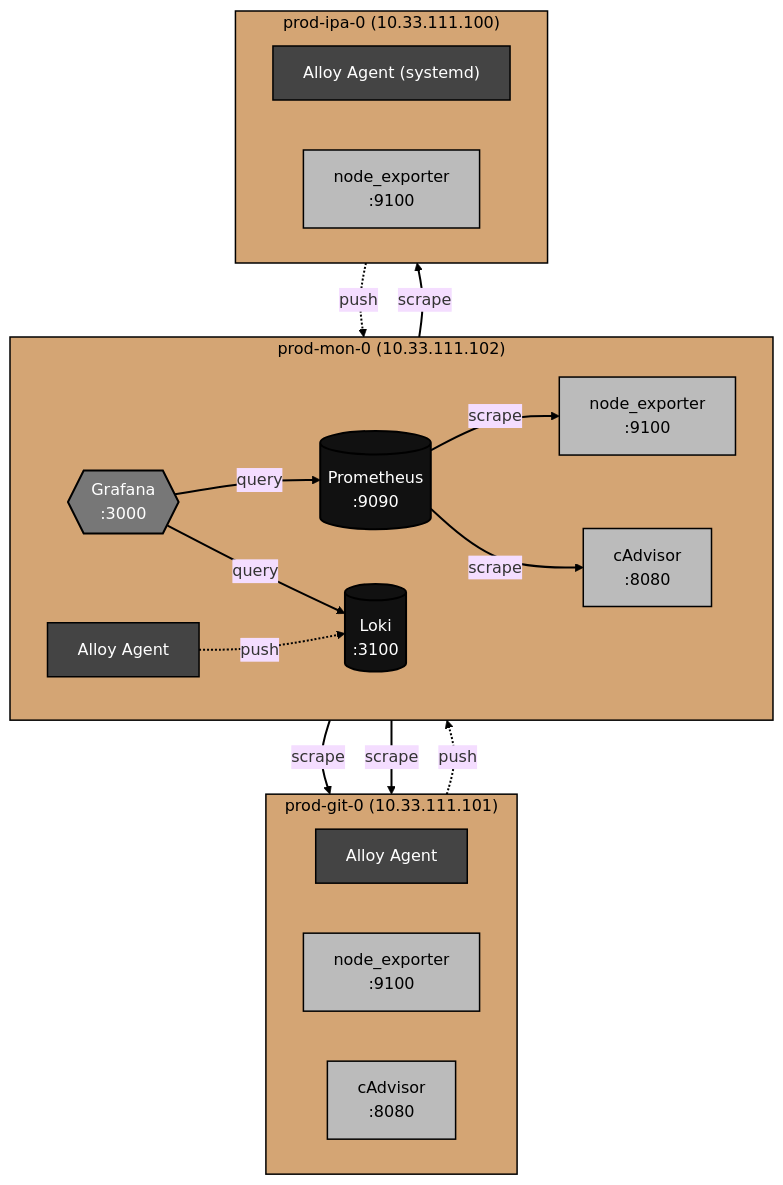
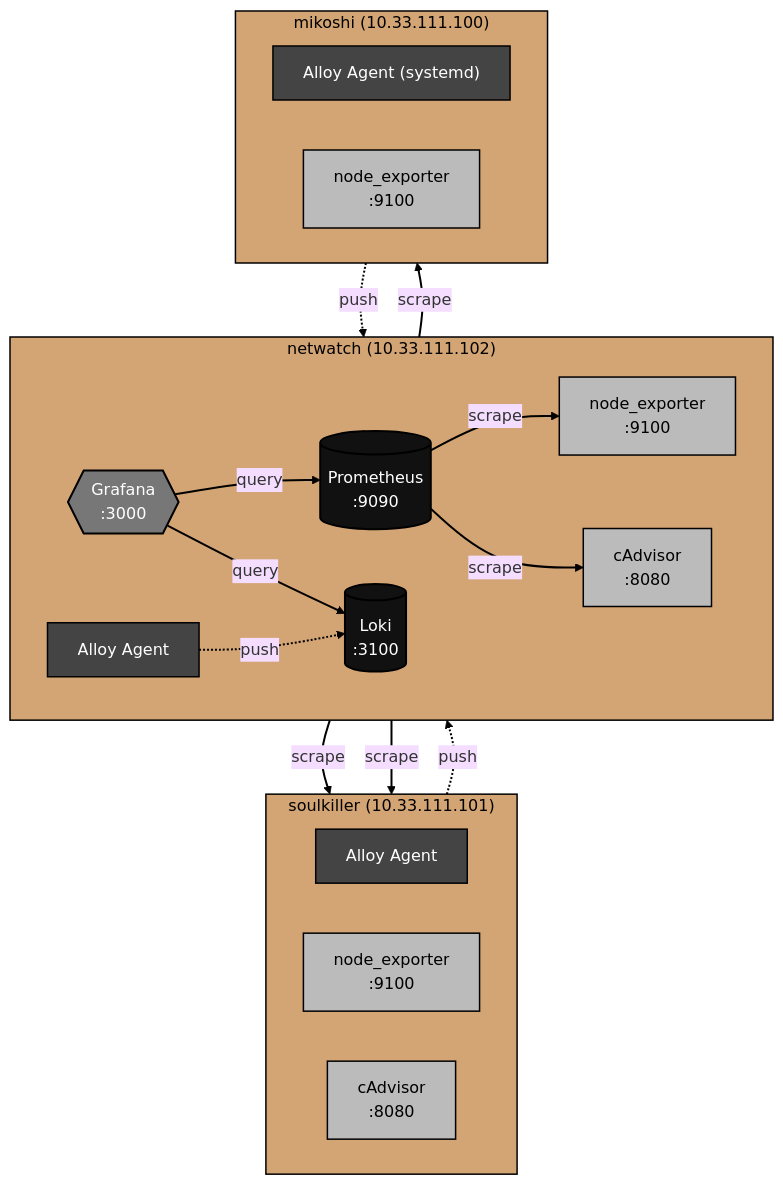
One commit to arpatek/home.arpa changed the diagram in monitoring/docs/architecture.md. Above: the diagram before and after it, drawn with Mermaid (base theme). The commit also changed other lines of this file and 53 other files, not shown here.

````diff
--- a/monitoring/docs/architecture.md
+++ b/monitoring/docs/architecture.md
@@ -43,51 +43,51 @@
 ```mermaid
 flowchart TB
-    subgraph MON["prod-mon-0 (10.33.111.102)"]
+    subgraph MON["netwatch (10.33.111.102)"]
         direction LR
         PROM[(Prometheus<br/>:9090)]
         LOKI[(Loki<br/>:3100)]
         GRAF{{Grafana<br/>:3000}}
         M_ALLOY[Alloy Agent]
         M_NODE[node_exporter<br/>:9100]
         M_CAD[cAdvisor<br/>:8080]
     end
 
-    subgraph GIT["prod-git-0 (10.33.111.101)"]
+    subgraph GIT["soulkiller (10.33.111.101)"]
         direction LR
         G_ALLOY[Alloy Agent]
         G_NODE[node_exporter<br/>:9100]
         G_CAD[cAdvisor<br/>:8080]
     end
 
-    subgraph IPA["prod-ipa-0 (10.33.111.100)"]
+    subgraph IPA["mikoshi (10.33.111.100)"]
         direction LR
         I_ALLOY["Alloy Agent (systemd)"]
         I_NODE[node_exporter<br/>:9100]
     end
 
     PROM -->|scrape| M_NODE
     PROM -->|scrape| M_CAD
     PROM -->|scrape| G_NODE
     PROM -->|scrape| G_CAD
     PROM -->|scrape| I_NODE
 
     M_ALLOY -.->|push| LOKI
     G_ALLOY -.->|push| LOKI
     I_ALLOY -.->|push| LOKI
 
     GRAF -->|query| PROM
     GRAF -->|query| LOKI
 
     linkStyle default stroke:#000000,stroke-width:2px;
 
     classDef core fill:#111111,stroke:#000000,color:#ffffff,stroke-width:2px;
     classDef agent fill:#444444,stroke:#000000,color:#ffffff,stroke-width:1.5px;
     classDef exporter fill:#bbbbbb,stroke:#000000,color:#000000,stroke-width:1.5px;
     classDef viz fill:#777777,stroke:#000000,color:#ffffff,stroke-width:2px;
     classDef hostlabel fill:#d4a574,stroke:#000000,color:#000000,stroke-width:1.5px;
     class PROM,LOKI core;
     class GRAF viz;
     class M_ALLOY,G_ALLOY,I_ALLOY agent;
     class M_NODE,M_CAD,G_NODE,G_CAD,I_NODE exporter;
     class MON,GIT,IPA hostlabel;
 ```
````
